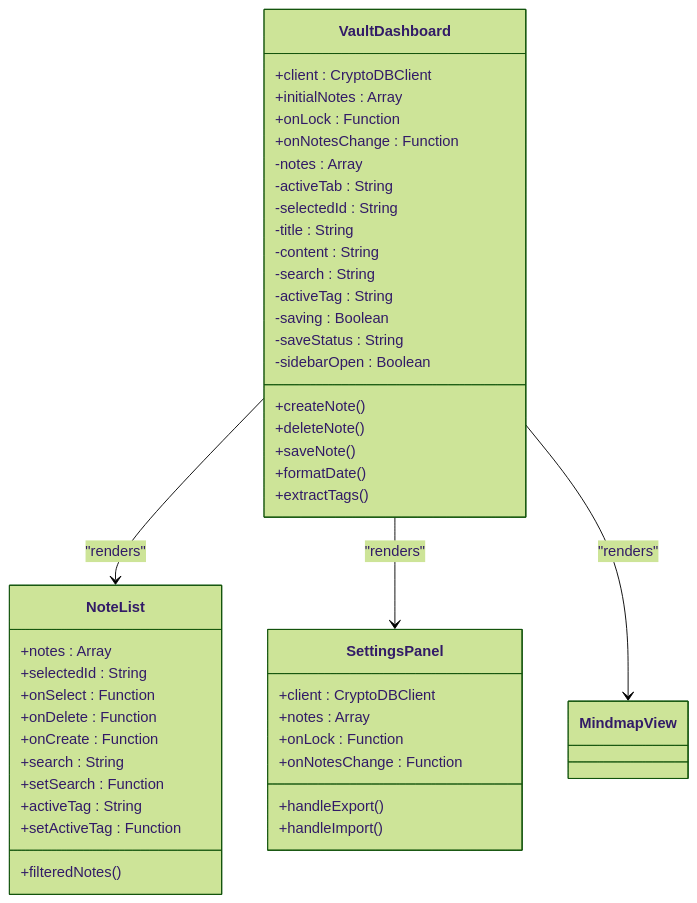
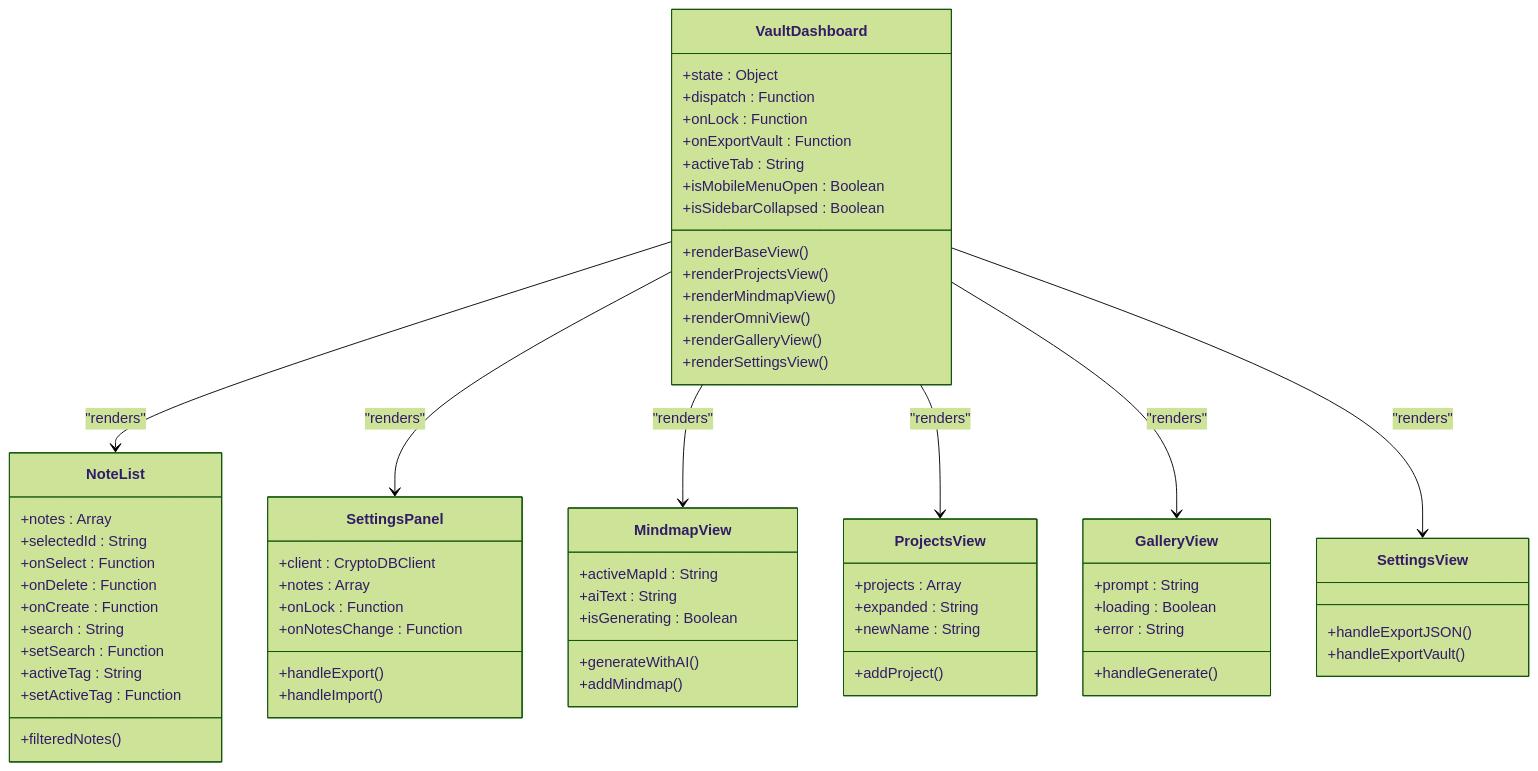
Before and after one commit to andreihicatilooo-droid/OMNI-TODO: the third of 5 diagrams in .qoder/repowiki/en/content/User Interface Components/Vault Dashboard Component.md, drawn with Mermaid (forest theme). The commit also changed other lines of this file and 19 other files, not shown here.

First line of the commit message:
docs(vault-dashboard): rewrite documentation and update architecture overview

````diff
--- a/.qoder/repowiki/en/content/User Interface Components/Vault Dashboard Component.md
+++ b/.qoder/repowiki/en/content/User Interface Components/Vault Dashboard Component.md
@@ -134,47 +182,67 @@
 ```mermaid
 classDiagram
 class VaultDashboard {
-+client : CryptoDBClient
-+initialNotes : Array
++state : Object
++dispatch : Function
 +onLock : Function
-+onNotesChange : Function
--notes : Array
--activeTab : String
--selectedId : String
--title : String
--content : String
--search : String
--activeTag : String
--saving : Boolean
--saveStatus : String
--sidebarOpen : Boolean
-+createNote()
-+deleteNote()
-+saveNote()
-+formatDate()
-+extractTags()
++onExportVault : Function
++activeTab : String
++isMobileMenuOpen : Boolean
++isSidebarCollapsed : Boolean
++renderBaseView()
++renderProjectsView()
++renderMindmapView()
++renderOmniView()
++renderGalleryView()
++renderSettingsView()
 }
 class NoteList {
 +notes : Array
 +selectedId : String
 +onSelect : Function
 +onDelete : Function
 +onCreate : Function
 +search : String
 +setSearch : Function
 +activeTag : String
 +setActiveTag : Function
 +filteredNotes()
 }
 class SettingsPanel {
 +client : CryptoDBClient
 +notes : Array
 +onLock : Function
 +onNotesChange : Function
 +handleExport()
 +handleImport()
 }
+class MindmapView {
++activeMapId : String
++aiText : String
++isGenerating : Boolean
++generateWithAI()
++addMindmap()
+}
+class ProjectsView {
++projects : Array
++expanded : String
++newName : String
++addProject()
+}
+class GalleryView {
++prompt : String
++loading : Boolean
++error : String
++handleGenerate()
+}
+class SettingsView {
++handleExportJSON()
++handleExportVault()
+}
 VaultDashboard --> NoteList : "renders"
 VaultDashboard --> SettingsPanel : "renders"
 VaultDashboard --> MindmapView : "renders"
+VaultDashboard --> ProjectsView : "renders"
+VaultDashboard --> GalleryView : "renders"
+VaultDashboard --> SettingsView : "renders"
 ```
````
